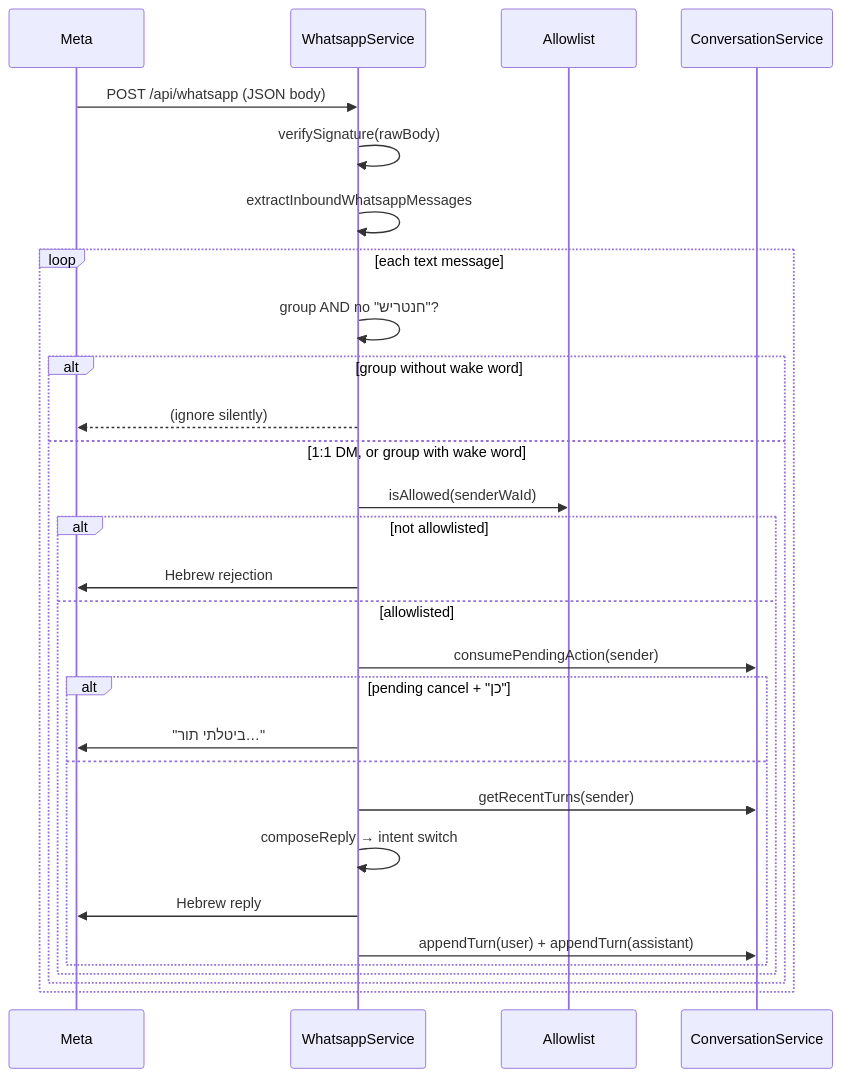
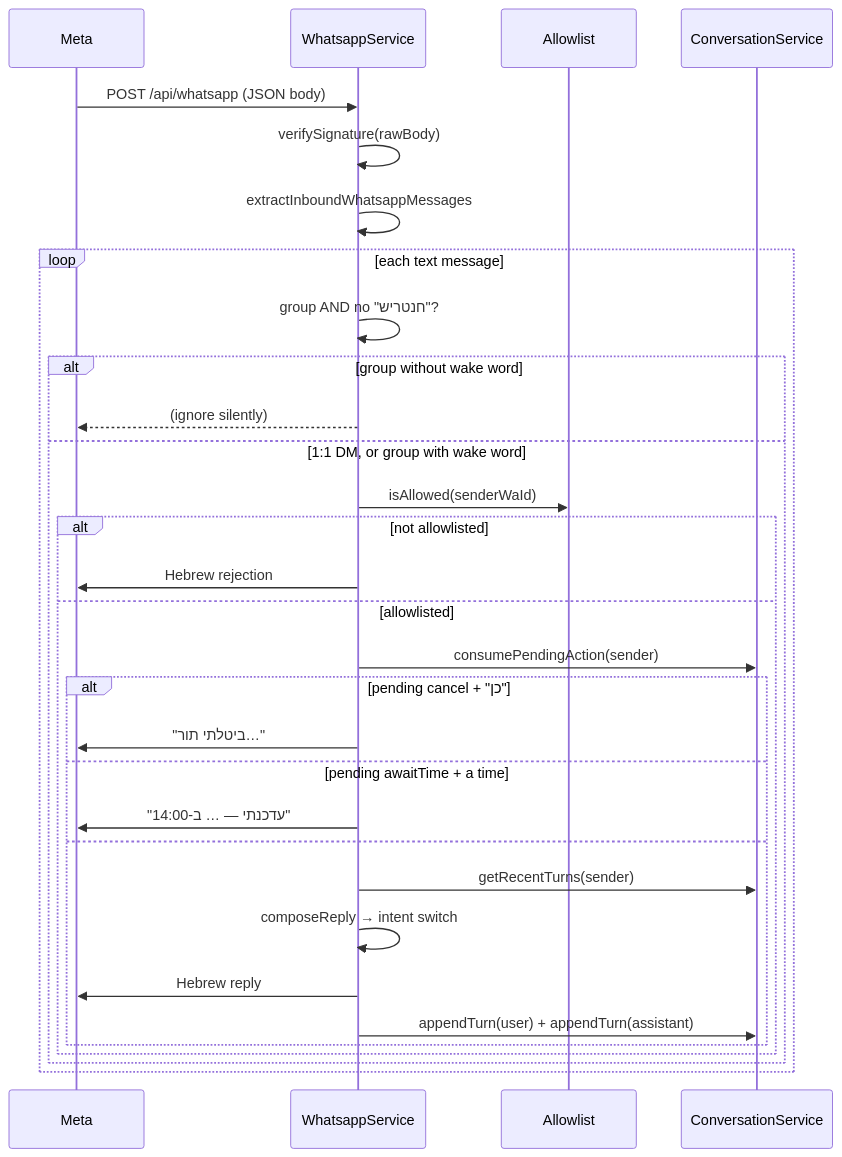
Before and after one commit to stavbarak/medflow-ai: the second of 2 diagrams in summaries/stage-4-whatsapp-module.md, drawn with Mermaid. The commit also changed other lines of this file and 15 other files, not shown here.

````diff
--- a/summaries/stage-4-whatsapp-module.md
+++ b/summaries/stage-4-whatsapp-module.md
@@ -64,31 +65,33 @@
 ```mermaid
 sequenceDiagram
   participant M as Meta
   participant W as WhatsappService
   participant A as Allowlist
   participant CV as ConversationService
   M->>W: POST /api/whatsapp (JSON body)
   W->>W: verifySignature(rawBody)
   W->>W: extractInboundWhatsappMessages
   loop each text message
     W->>W: group AND no "חנטריש"?
     alt group without wake word
       W-->>M: (ignore silently)
     else 1:1 DM, or group with wake word
       W->>A: isAllowed(senderWaId)
       alt not allowlisted
         W->>M: Hebrew rejection
       else allowlisted
         W->>CV: consumePendingAction(sender)
         alt pending cancel + "כן"
           W->>M: "ביטלתי תור…"
+        else pending awaitTime + a time
+          W->>M: "עדכנתי — … ב-14:00"
         else
           W->>CV: getRecentTurns(sender)
           W->>W: composeReply → intent switch
           W->>M: Hebrew reply
           W->>CV: appendTurn(user) + appendTurn(assistant)
         end
       end
     end
   end
 ```
````
